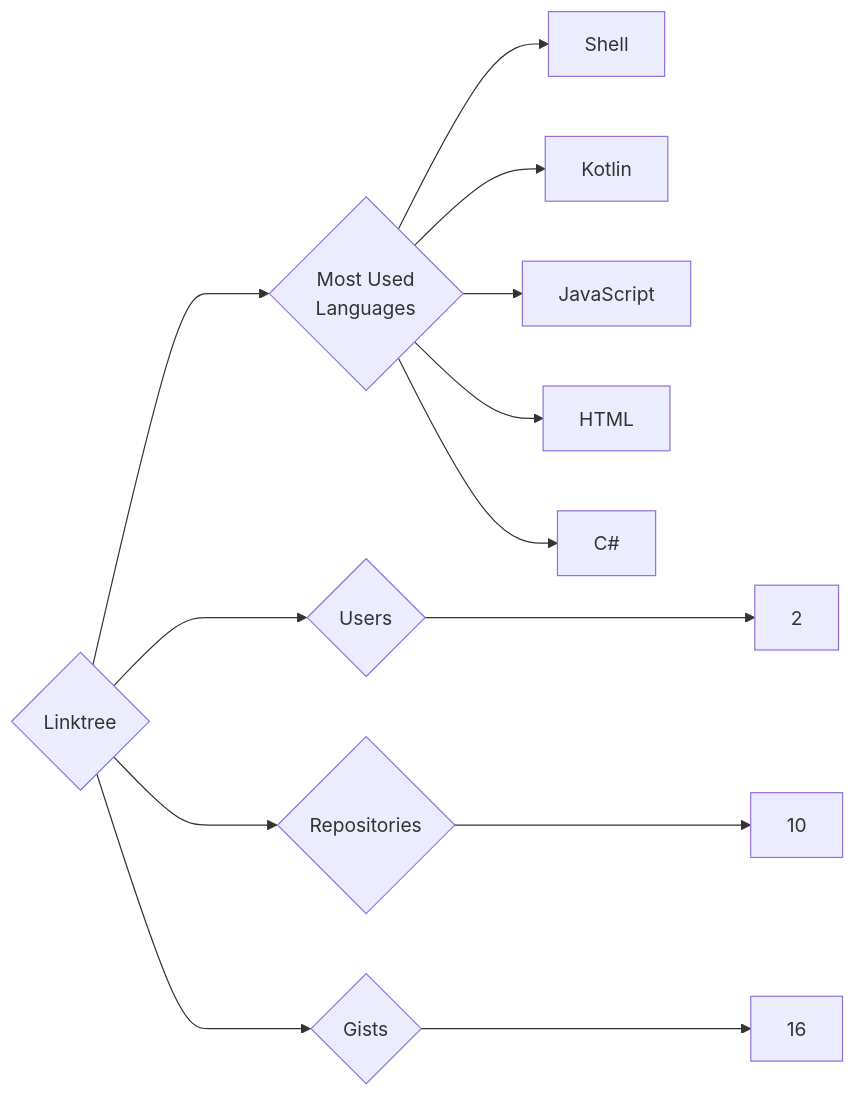
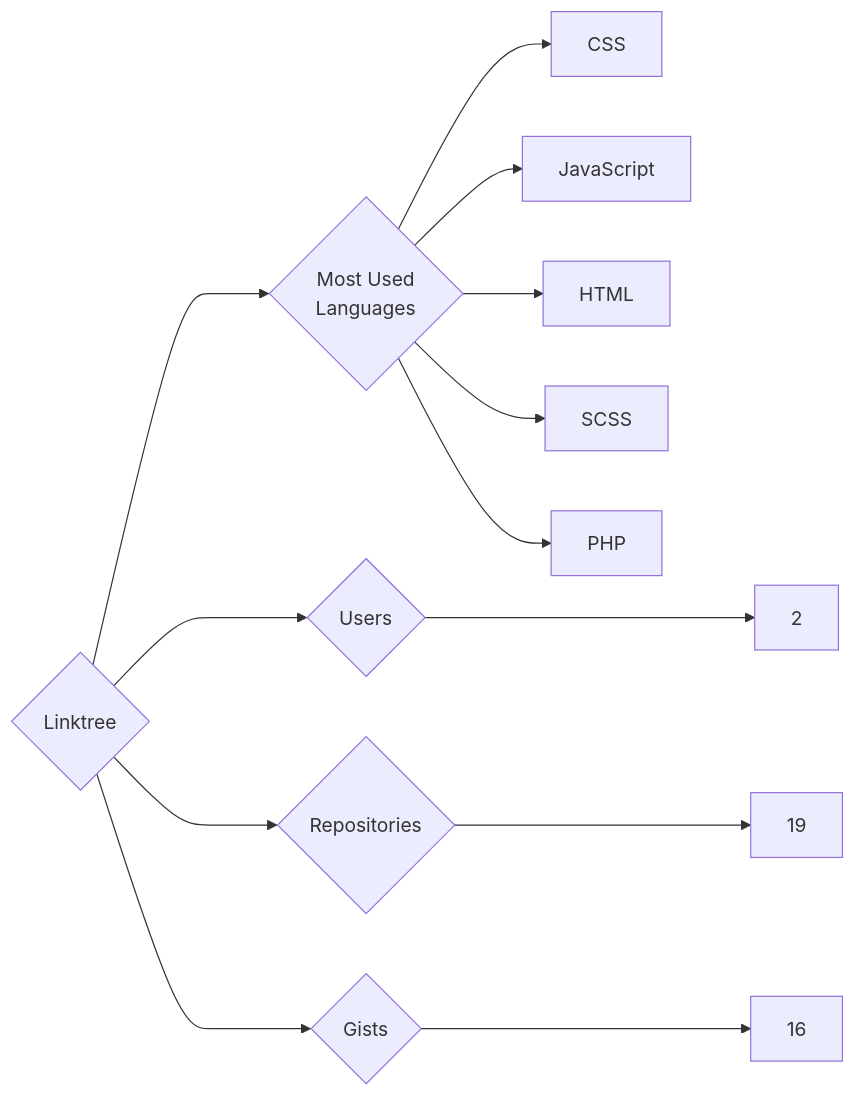
Before and after one commit to trickest/insiders: the diagram in targets/Linktree/README.md, drawn with Mermaid. The commit also changed 1389 other files, not shown here.

````diff
--- a/targets/Linktree/README.md
+++ b/targets/Linktree/README.md
@@ -3,13 +3,13 @@
 ```mermaid
 graph LR
 COMPANY_NAME{Linktree}
 COMPANY_NAME ---> U{Users} ---> UN[2]
-COMPANY_NAME ---> R{Repositories} ---> RN[10]
+COMPANY_NAME ---> R{Repositories} ---> RN[19]
 COMPANY_NAME ---> G{Gists} ---> GN[16]
 COMPANY_NAME ---> ML{Most Used<br>Languages}
-ML --> Shell[Shell]
-ML --> Kotlin[Kotlin]
+ML --> CSS[CSS]
 ML --> JavaScript[JavaScript]
 ML --> HTML[HTML]
-ML --> C#[C#]
+ML --> SCSS[SCSS]
+ML --> PHP[PHP]
 ```
````
